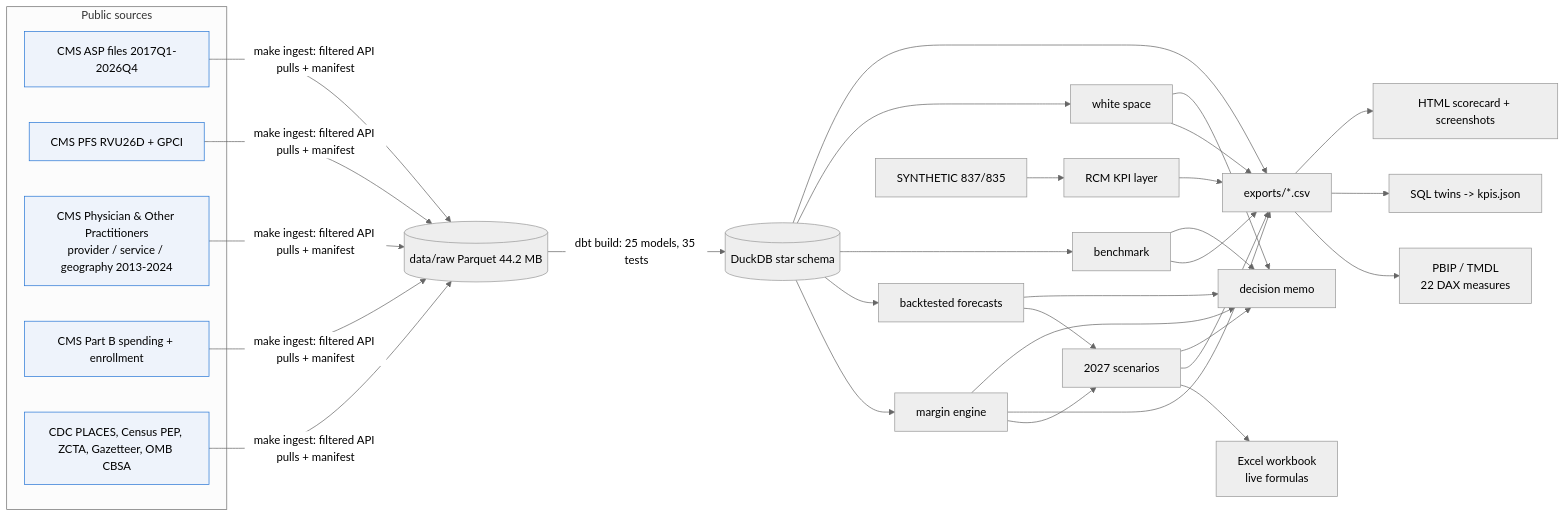
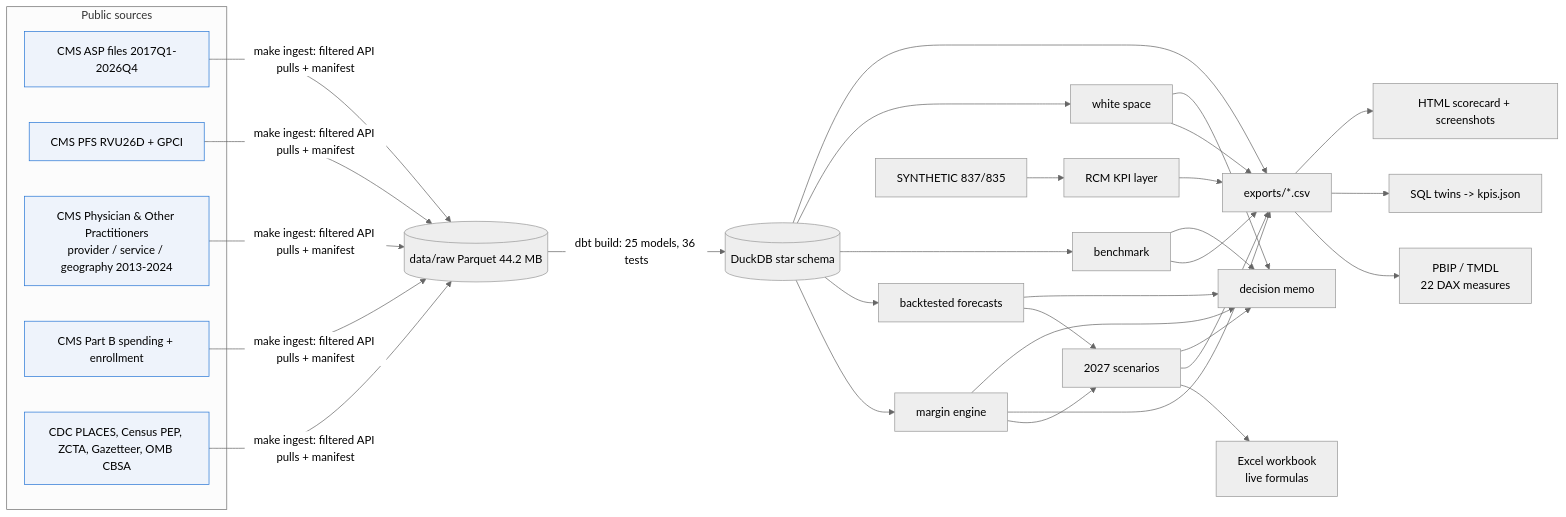
Before and after one commit to TonyLee-99/specialty-infusion-fpa: the diagram in README.md, drawn with Mermaid (neutral theme). The commit also changed other lines of this file and 8 other files, not shown here.

````diff
--- a/README.md
+++ b/README.md
@@ -96,20 +96,20 @@
 ```mermaid
 flowchart LR
   subgraph Public sources
     A[CMS ASP files 2017Q1-2026Q4]:::src
     B[CMS PFS RVU26D + GPCI]:::src
     C[CMS Physician & Other Practitioners<br/>provider / service / geography 2013-2024]:::src
     D[CMS Part B spending + enrollment]:::src
     E[CDC PLACES, Census PEP, ZCTA, Gazetteer, OMB CBSA]:::src
   end
   A & B & C & D & E -->|make ingest: filtered API pulls + manifest| R[(data/raw Parquet 44.2 MB)]
-  R -->|dbt build: 25 models, 35 tests| W[(DuckDB star schema)]
+  R -->|dbt build: 25 models, 36 tests| W[(DuckDB star schema)]
   W --> M[margin engine] --> S[2027 scenarios] --> X[Excel workbook<br/>live formulas]
   W --> F[backtested forecasts] --> S
   W --> BM[benchmark] & MK[white space]
   W & M & S & BM & MK --> EX[exports/*.csv] --> P[PBIP / TMDL<br/>22 DAX measures] & Q[SQL twins -> kpis.json]
   EX --> H[HTML scorecard + screenshots]
   M & S & F & BM & MK --> MEMO[decision memo]
   SYN[SYNTHETIC 837/835] --> RCM[RCM KPI layer] --> EX
   classDef src fill:#eef3fb,stroke:#2a78d6
 ```
````
